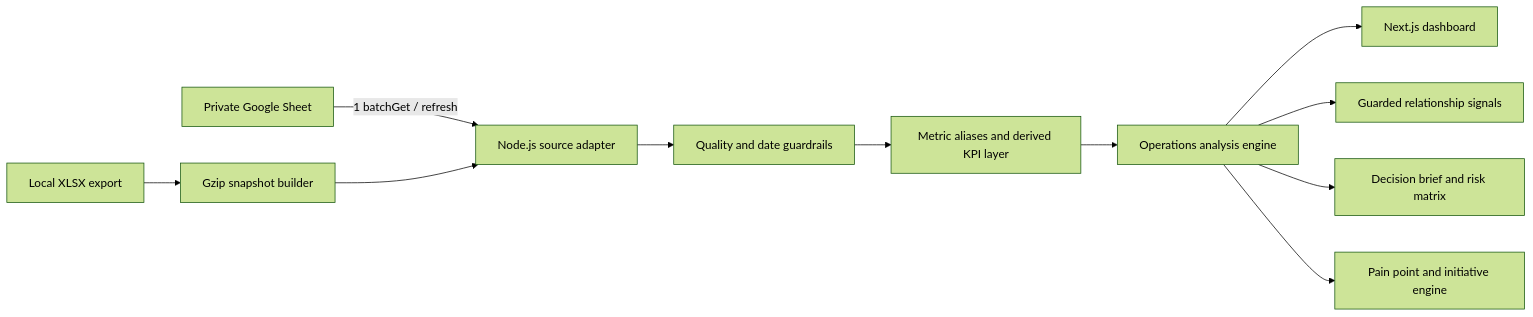
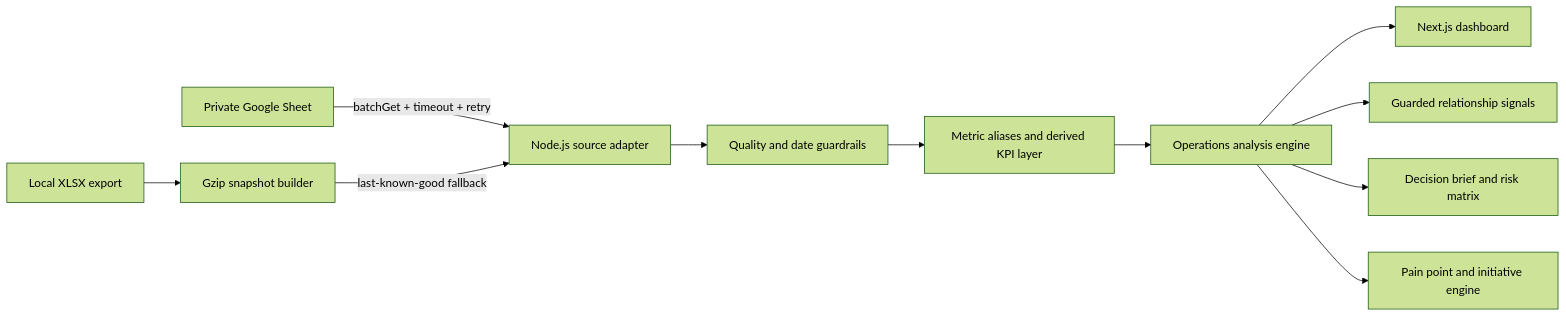
One commit to FIT-Developers-Team/ex-analysis-system changed the diagram in README.md. Above: the diagram before and after it, drawn with Mermaid (forest theme). The commit also changed other lines of this file and 12 other files, not shown here.

````diff
--- a/README.md
+++ b/README.md
@@ -20,13 +21,13 @@
 ```mermaid
 flowchart LR
-    GS["Private Google Sheet"] -->|"1 batchGet / refresh"| API["Node.js source adapter"]
+    GS["Private Google Sheet"] -->|"batchGet + timeout + retry"| API["Node.js source adapter"]
     XLSX["Local XLSX export"] --> SNAP["Gzip snapshot builder"]
-    SNAP --> API
+    SNAP -->|"last-known-good fallback"| API
     API --> DQ["Quality and date guardrails"]
     DQ --> SEM["Metric aliases and derived KPI layer"]
     SEM --> ENG["Operations analysis engine"]
     ENG --> UI["Next.js dashboard"]
     ENG --> REL["Guarded relationship signals"]
     ENG --> DEC["Decision brief and risk matrix"]
     ENG --> REC["Pain point and initiative engine"]
 ```
````
